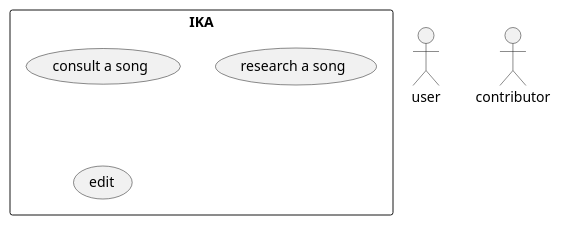
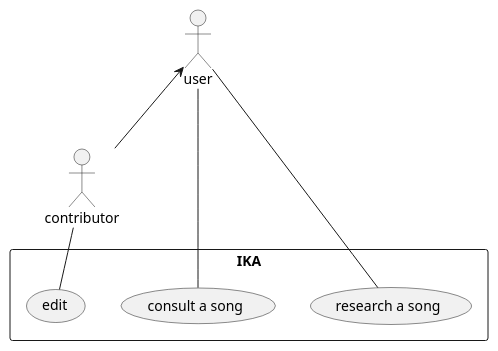
One commit to Alexandreplot/IKA changed the diagram in UseCase.pu. Above: the diagram before and after it, drawn with PlantUML.

Commit message:
relier les cas d'utilisations aux acteurs

```diff
--- a/UseCase.pu
+++ b/UseCase.pu
@@ -1,13 +1,20 @@
 @startuml
-'declaration of the actors
-actor user
-actor contributor
+  'declaration of the actors
+  actor user
+  actor contributor
 
-'declaration of the use cases
-rectangle IKA{
-(consult a song)
-(research a song)
-(edit)
+  'declaration of the use cases
+  rectangle IKA{
+      (consult a song) as consult
+      (research a song) as research
+      (edit)
 
-}
+    }
+
+  'links
+  user <-- contributor
+
+  user -- consult
+  user -- research
+  contributor -- edit
 @enduml
```
